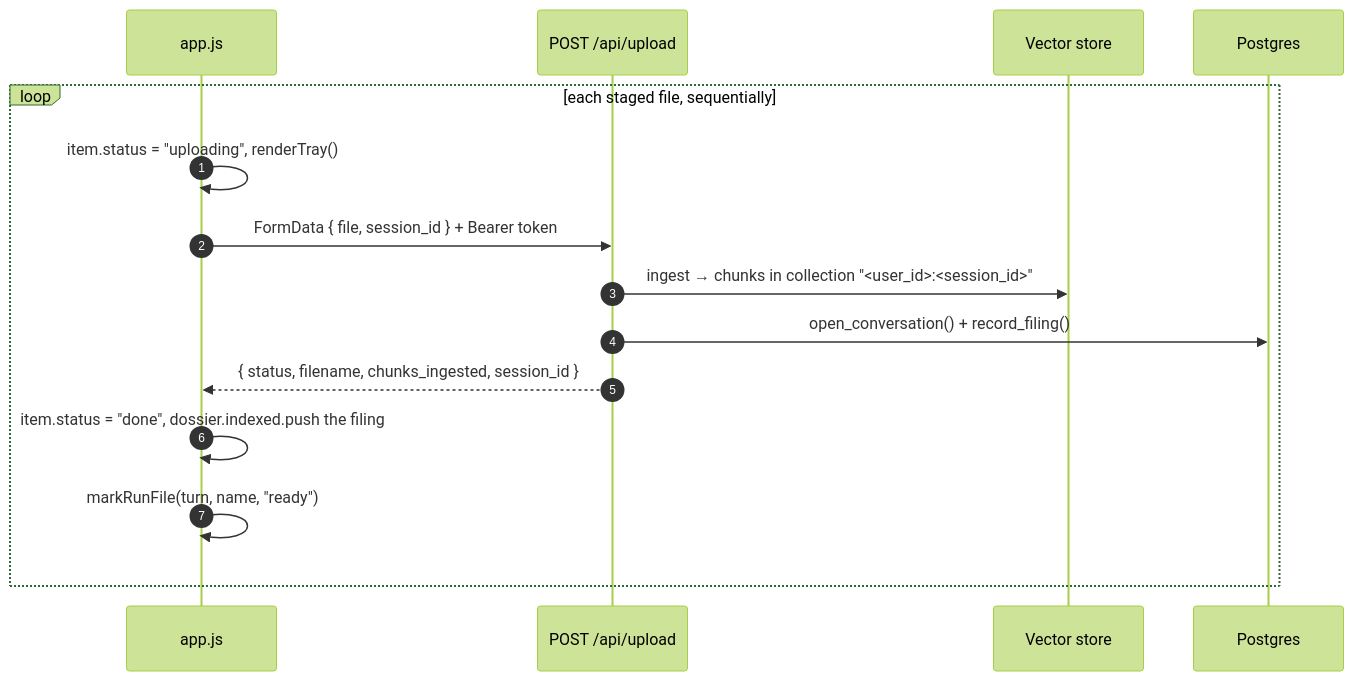
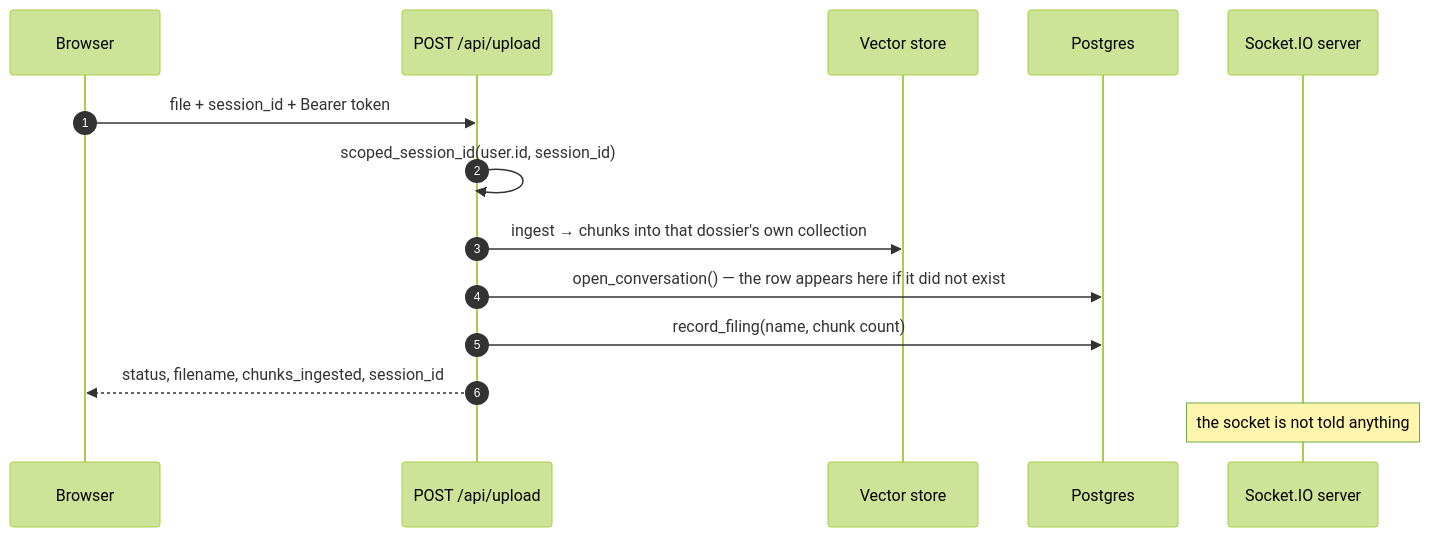
One commit to selvakumarperumal/Corporate_Filing_Analyzer_Agent changed the seventh of 20 diagrams in docs/FRONTEND-SOCKETIO.md. Above: the diagram before and after it, drawn with Mermaid (forest theme). The commit also changed other lines of this file and 3 other files, not shown here.

````diff
--- a/docs/FRONTEND-SOCKETIO.md
+++ b/docs/FRONTEND-SOCKETIO.md
@@ -567,18 +486,17 @@
 ```mermaid
 sequenceDiagram
   autonumber
-  participant App as app.js
+  participant B as Browser
   participant API as POST /api/upload
   participant V as Vector store
   participant DB as Postgres
+  participant SIO as Socket.IO server
 
-  loop each staged file, sequentially
-    App->>App: item.status = "uploading", renderTray()
-    App->>API: FormData { file, session_id } + Bearer token
-    API->>V: ingest → chunks in collection "<user_id>:<session_id>"
-    API->>DB: open_conversation() + record_filing()
-    API-->>App: { status, filename, chunks_ingested, session_id }
-    App->>App: item.status = "done", dossier.indexed.push the filing
-    App->>App: markRunFile(turn, name, "ready")
-  end
+  B->>API: file + session_id + Bearer token
+  API->>API: scoped_session_id(user.id, session_id)
+  API->>V: ingest → chunks into that dossier's own collection
+  API->>DB: open_conversation() — the row appears here if it did not exist
+  API->>DB: record_filing(name, chunk count)
+  API-->>B: status, filename, chunks_ingested, session_id
+  Note over SIO: the socket is not told anything
 ```
````
